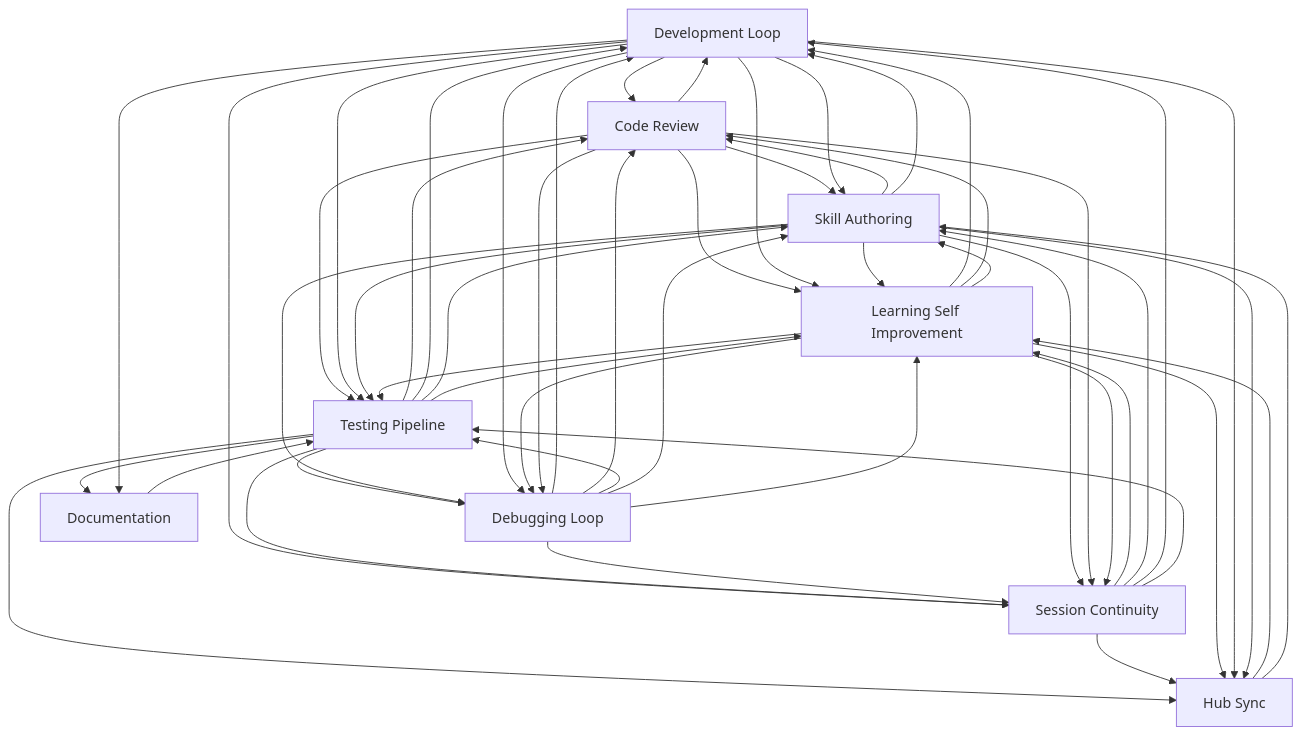
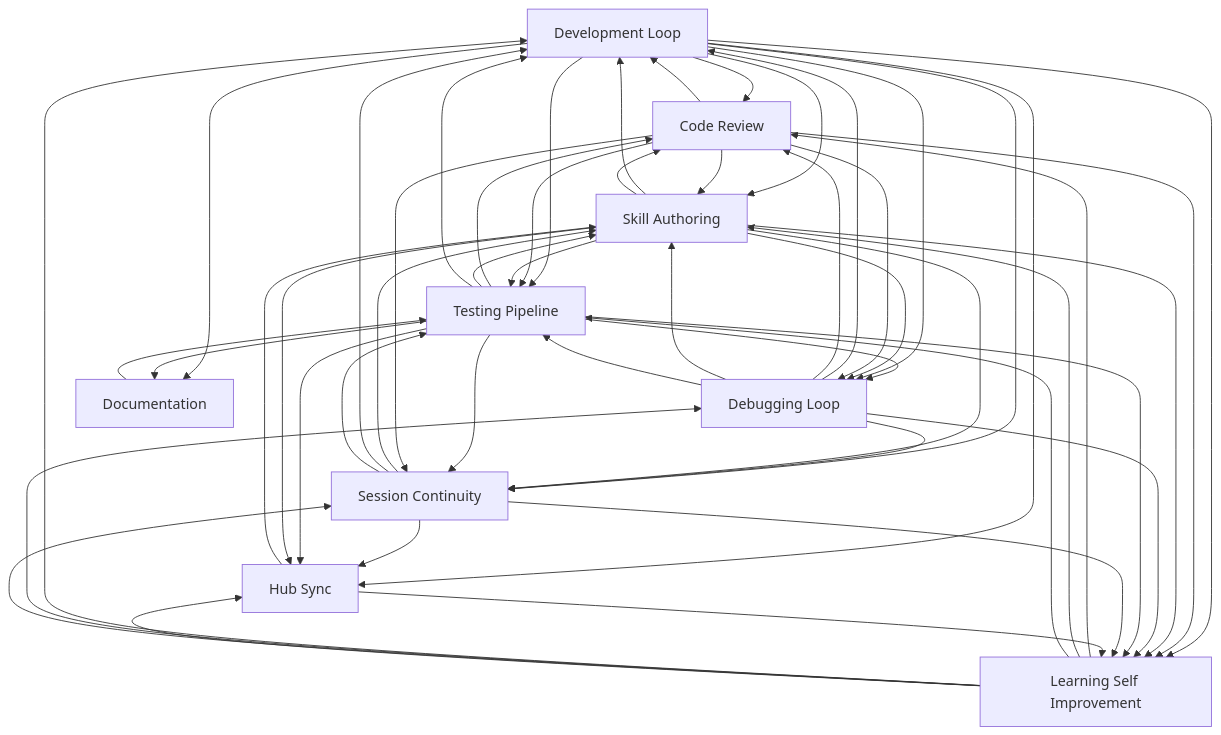
Before and after one commit to abhayla/claude-best-practices: the diagram in docs/workflows/INDEX.md, drawn with Mermaid. The commit also changed other lines of this file and 13 other files, not shown here.

````diff
--- a/docs/workflows/INDEX.md
+++ b/docs/workflows/INDEX.md
@@ -21,62 +21,62 @@
 ```mermaid
 graph TD
     development_loop[Development Loop]
     testing_pipeline[Testing Pipeline]
     debugging_loop[Debugging Loop]
     learning_self_improvement[Learning Self Improvement]
     session_continuity[Session Continuity]
     skill_authoring[Skill Authoring]
     code_review[Code Review]
     documentation[Documentation]
     hub_sync[Hub Sync]
     documentation --> testing_pipeline
-    code_review --> skill_authoring
-    code_review --> development_loop
     development_loop --> code_review
     development_loop --> skill_authoring
+    code_review --> development_loop
+    code_review --> skill_authoring
+    development_loop --> testing_pipeline
+    development_loop --> learning_self_improvement
+    code_review --> testing_pipeline
     code_review --> learning_self_improvement
-    code_review --> testing_pipeline
-    development_loop --> learning_self_improvement
-    development_loop --> testing_pipeline
     testing_pipeline --> code_review
     testing_pipeline --> debugging_loop
+    testing_pipeline --> skill_authoring
     testing_pipeline --> development_loop
-    testing_pipeline --> skill_authoring
+    skill_authoring --> development_loop
     skill_authoring --> code_review
-    skill_authoring --> development_loop
+    skill_authoring --> testing_pipeline
     skill_authoring --> learning_self_improvement
-    skill_authoring --> testing_pipeline
     development_loop --> session_continuity
+    debugging_loop --> development_loop
+    debugging_loop --> session_continuity
+    skill_authoring --> session_continuity
     testing_pipeline --> session_continuity
-    debugging_loop --> session_continuity
-    debugging_loop --> development_loop
-    skill_authoring --> session_continuity
+    development_loop --> debugging_loop
     debugging_loop --> code_review
+    debugging_loop --> skill_authoring
     debugging_loop --> testing_pipeline
-    debugging_loop --> skill_authoring
     skill_authoring --> debugging_loop
-    development_loop --> debugging_loop
+    debugging_loop --> learning_self_improvement
     testing_pipeline --> learning_self_improvement
-    debugging_loop --> learning_self_improvement
+    learning_self_improvement --> code_review
+    learning_self_improvement --> skill_authoring
+    learning_self_improvement --> testing_pipeline
     learning_self_improvement --> development_loop
-    learning_self_improvement --> code_review
-    learning_self_improvement --> testing_pipeline
     learning_self_improvement --> debugging_loop
-    learning_self_improvement --> skill_authoring
     code_review --> debugging_loop
     code_review --> session_continuity
     learning_self_improvement --> session_continuity
+    development_loop --> hub_sync
+    session_continuity --> hub_sync
+    session_continuity --> skill_authoring
+    session_continuity --> learning_self_improvement
+    learning_self_improvement --> hub_sync
     testing_pipeline --> hub_sync
-    session_continuity --> hub_sync
-    session_continuity --> learning_self_improvement
-    session_continuity --> skill_authoring
-    learning_self_improvement --> hub_sync
-    development_loop --> hub_sync
+    development_loop --> documentation
     testing_pipeline --> documentation
-    development_loop --> documentation
     session_continuity --> development_loop
     session_continuity --> testing_pipeline
     skill_authoring --> hub_sync
+    hub_sync --> skill_authoring
     hub_sync --> learning_self_improvement
-    hub_sync --> skill_authoring
 ```
````
